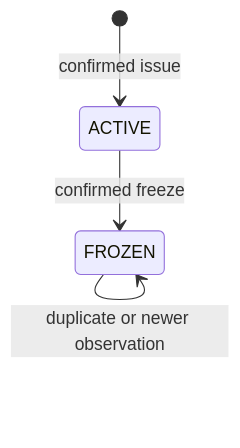
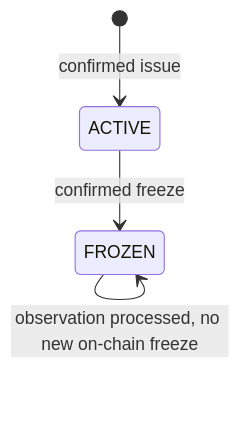
Before and after one commit to ktyfujkjdfx/bountyteam-carbon-mrv: the first of 2 diagrams in docs/common/status-machine.md, drawn with Mermaid. The commit also changed other lines of this file and 11 other files, not shown here.

````diff
--- a/docs/common/status-machine.md
+++ b/docs/common/status-machine.md
@@ -38,6 +38,6 @@
 ```mermaid
 stateDiagram-v2
     [*] --> ACTIVE: confirmed issue
     ACTIVE --> FROZEN: confirmed freeze
-    FROZEN --> FROZEN: duplicate or newer observation
+    FROZEN --> FROZEN: observation processed, no new on-chain freeze
 ```
````
